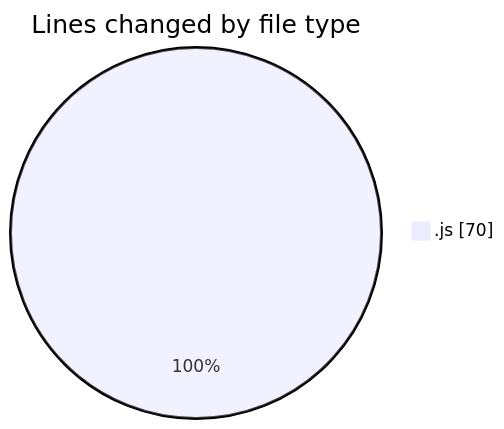
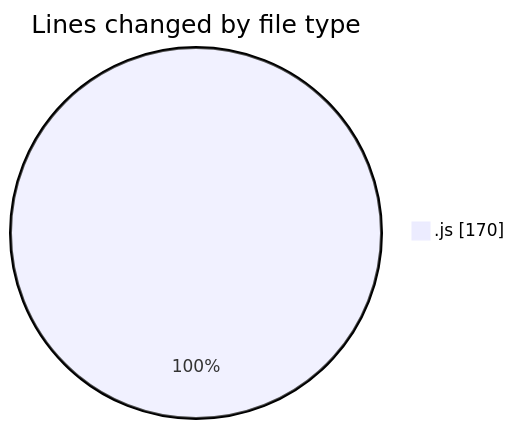
Before and after one commit to Ritupan-Deka/code-tracking: the first of 2 diagrams in 2025-08-03/javascript/README.md, drawn with Mermaid. The commit also changed other lines of this file and 1 other file, not shown here.

````diff
--- a/2025-08-03/javascript/README.md
+++ b/2025-08-03/javascript/README.md
@@ -20,5 +20,5 @@
 ```mermaid
 pie showData
 title Lines changed by file type
-".js" : 70
+".js" : 170
 ```
````
